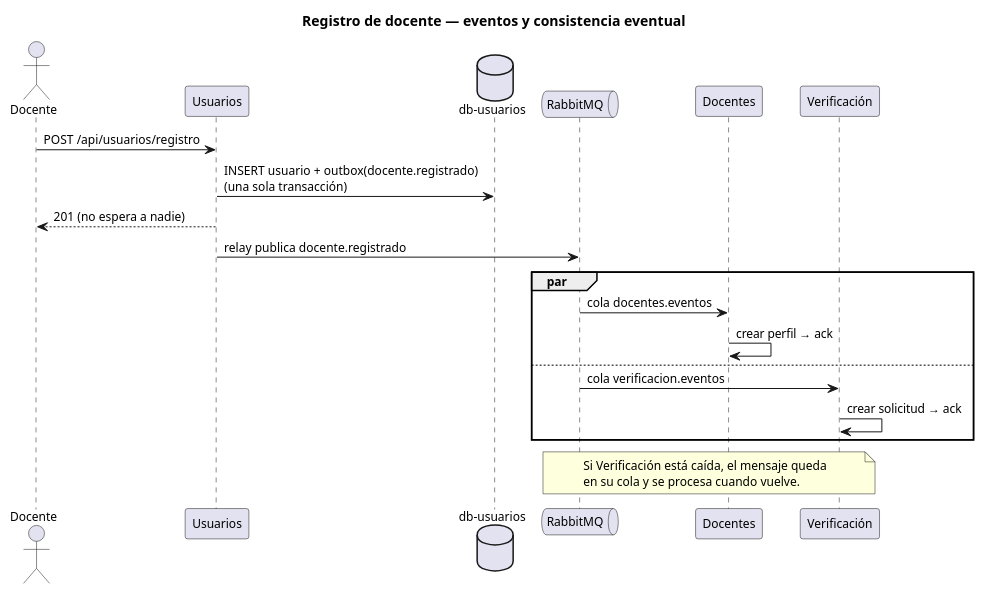
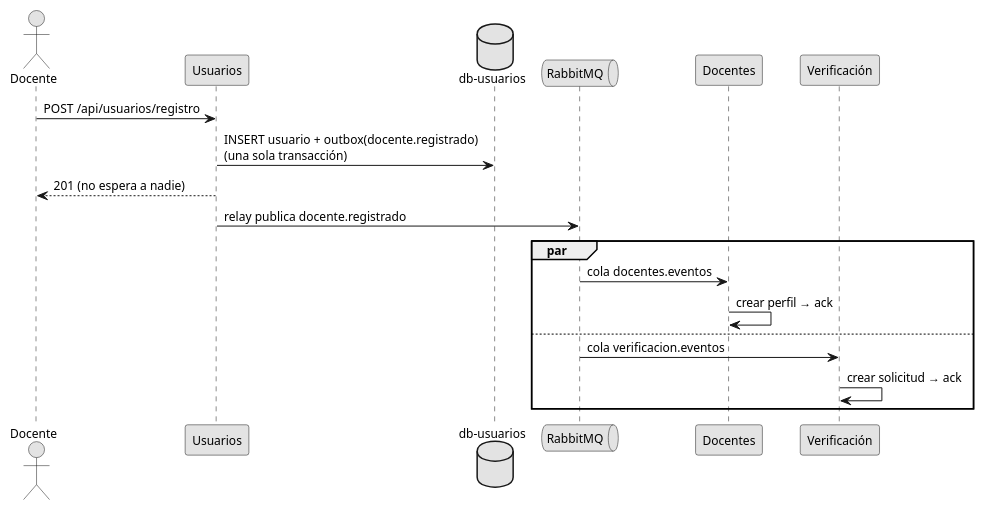
One commit to SebastianCuneo/tutorYA changed the diagram in docs/ut5/secuencia_registro.puml. Above: the diagram before and after it, drawn with PlantUML. The commit also changed 7 other files, not shown here.

First line of the commit message:
UT5: diagramas en blanco y negro, sin títulos ni notas

```diff
--- a/docs/ut5/secuencia_registro.puml
+++ b/docs/ut5/secuencia_registro.puml
@@ -1,25 +1,26 @@
 @startuml secuencia_registro
+skinparam monochrome true
 skinparam shadowing false
+skinparam defaultFontName Arial
 skinparam defaultFontSize 12
-title Registro de docente — eventos y consistencia eventual
+skinparam backgroundColor white
 
 actor Docente
 participant Usuarios
 database "db-usuarios" as DB
 queue RabbitMQ
 participant Docentes
 participant Verificación
 
 Docente -> Usuarios : POST /api/usuarios/registro
 Usuarios -> DB : INSERT usuario + outbox(docente.registrado)\n(una sola transacción)
 Usuarios --> Docente : 201 (no espera a nadie)
 Usuarios -> RabbitMQ : relay publica docente.registrado
 par
   RabbitMQ -> Docentes : cola docentes.eventos
   Docentes -> Docentes : crear perfil → ack
 else
   RabbitMQ -> Verificación : cola verificacion.eventos
   Verificación -> Verificación : crear solicitud → ack
 end
-note over RabbitMQ, Verificación : Si Verificación está caída, el mensaje queda\nen su cola y se procesa cuando vuelve.
 @enduml
```
